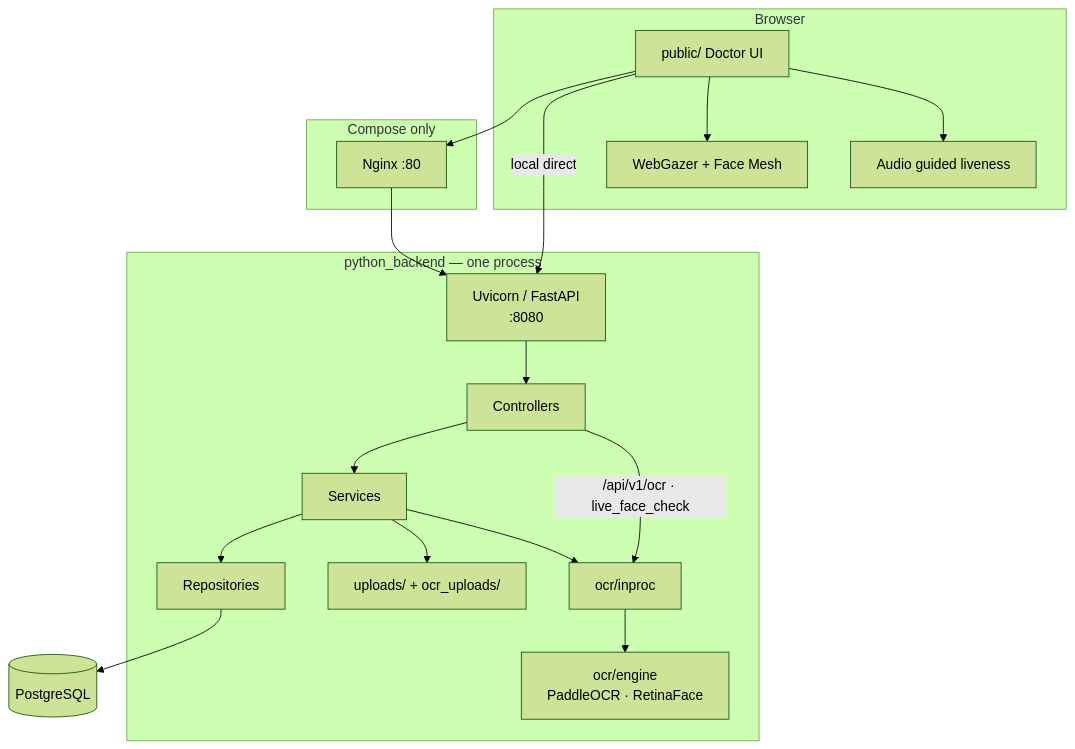
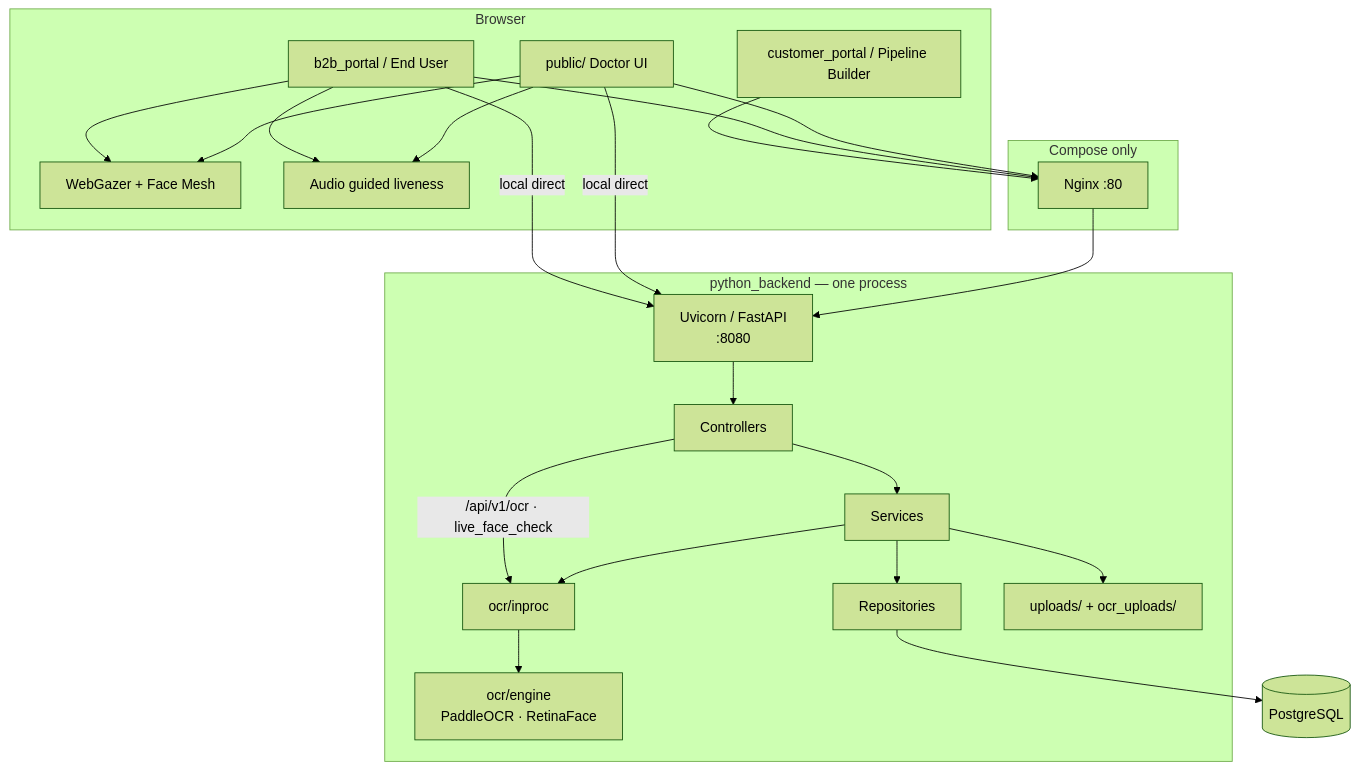
One commit to Saravanan2005real/zudoc-doctor-portal-EKYC changed the second of 12 diagrams in docs/ARCHITECTURE.md. Above: the diagram before and after it, drawn with Mermaid (forest theme). The commit also changed other lines of this file and 3 other files, not shown here.

Commit message:
fix: resolve inline css error in customer_portal and update docs

````diff
--- a/docs/ARCHITECTURE.md
+++ b/docs/ARCHITECTURE.md
@@ -56,35 +67,42 @@
 ```mermaid
 flowchart TB
   subgraph Browser
     UI[public/ Doctor UI]
+    CUST[customer_portal / Pipeline Builder]
+    B2B[b2b_portal / End User]
     WG[WebGazer + Face Mesh]
     AUD[Audio guided liveness]
   end
 
   subgraph ComposeEdge["Compose only"]
     NGX[Nginx :80]
   end
 
   subgraph FastAPI["python_backend — one process"]
     HTTP[Uvicorn / FastAPI<br/>:8080]
     CTRL[Controllers]
     SVC[Services]
     REPO[Repositories]
     INPROC[ocr/inproc]
     ENG[ocr/engine<br/>PaddleOCR · RetinaFace]
     UP[uploads/ + ocr_uploads/]
   end
 
   DB[(PostgreSQL)]
 
   UI --> NGX
+  B2B --> NGX
+  CUST --> NGX
   NGX --> HTTP
   UI -->|local direct| HTTP
+  B2B -->|local direct| HTTP
   UI --> WG
+  B2B --> WG
   UI --> AUD
+  B2B --> AUD
   HTTP --> CTRL --> SVC
   SVC --> REPO --> DB
   SVC --> UP
   SVC --> INPROC --> ENG
   CTRL -->|/api/v1/ocr · live_face_check| INPROC
 ```
````
